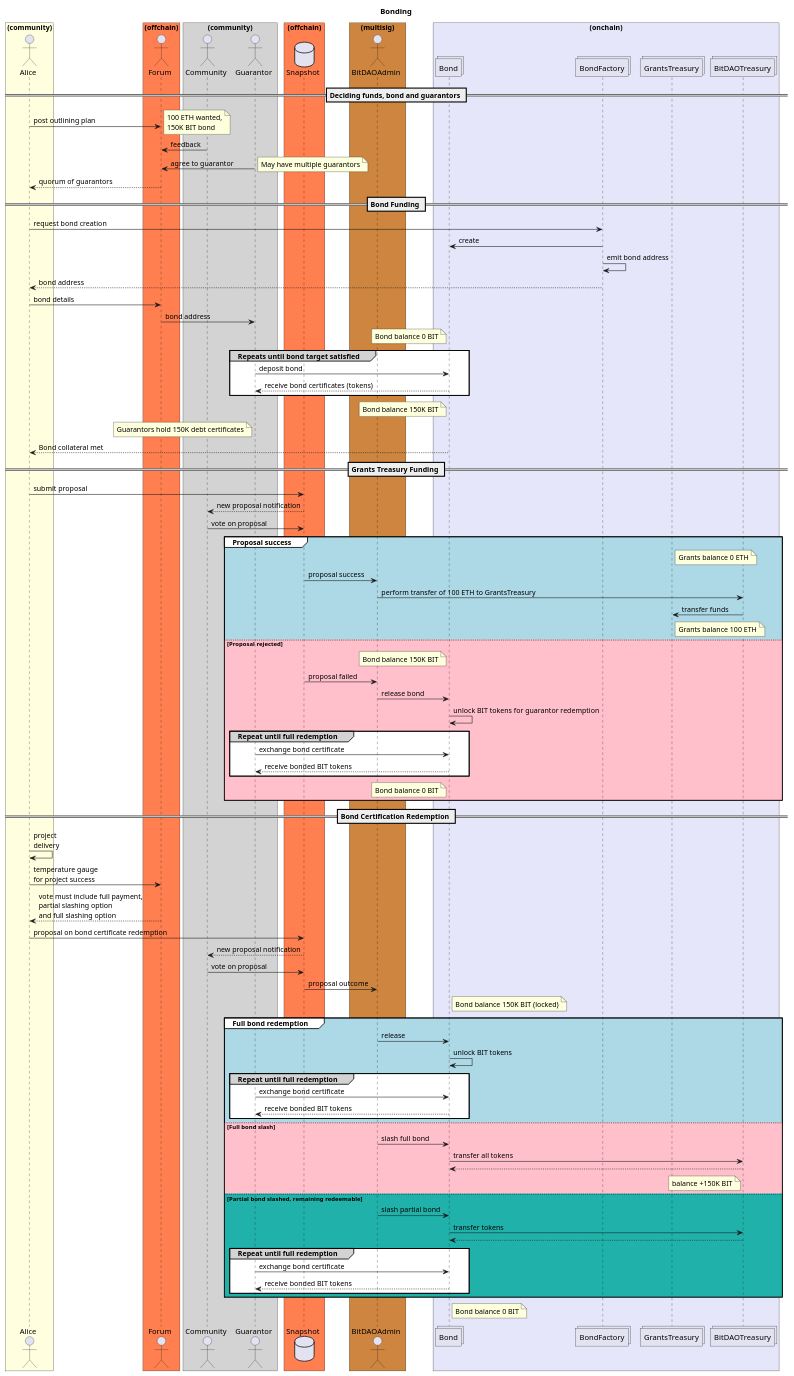
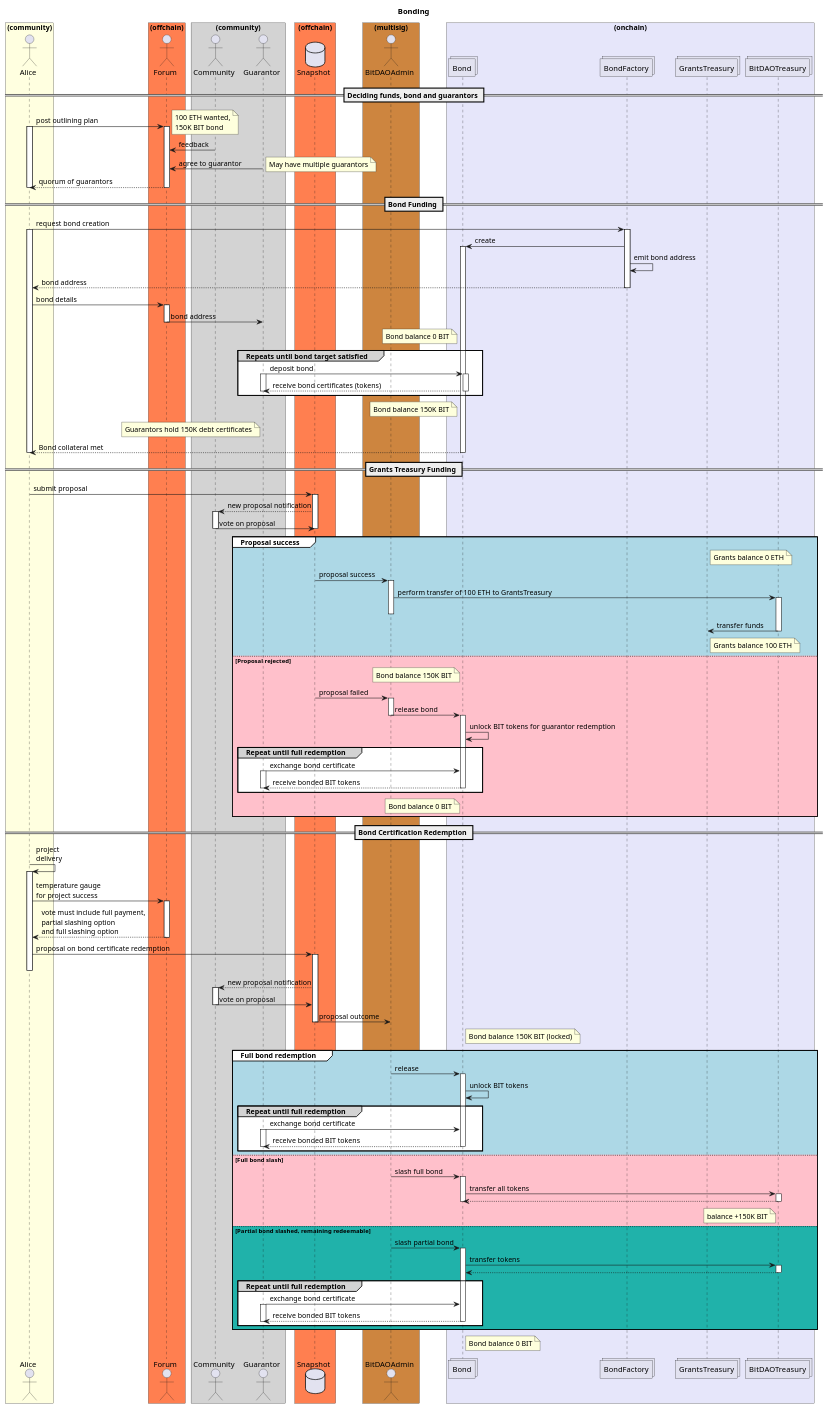
One commit to windranger-io/windranger-treasury changed the diagram in docs/specs/bonding.puml. Above: the diagram before and after it, drawn with PlantUML. The commit also changed 1 other file, not shown here.

Commit message:
spec: activation bars for sequence diagram

```diff
--- a/docs/specs/bonding.puml
+++ b/docs/specs/bonding.puml
@@ -1,128 +1,189 @@
 @startuml
 'https://plantuml.com/sequence-diagram
 
 title Bonding
 
 box "(community)" #LightYellow
 actor Alice as alice
 end box
 
 box "(offchain)" #Coral
 actor Forum as forum
 end box
 
 box "(community)" #LightGray
 actor Community as community
 actor Guarantor as guarantor
 end box
 
 box "(offchain)" #Coral
 database Snapshot as snapshot
 end box
 
 box "(multisig)" #Peru
 actor BitDAOAdmin as bitdaoadmin
 end box
 
 box "(onchain)" #Lavender
 collections Bond as bond
 collections BondFactory as bondFactory
 collections GrantsTreasury as grantstreasury
 collections BitDAOTreasury as bitdaotreasury
 end box
 
 
 == Deciding funds, bond and guarantors ==
 
 alice->forum                : post outlining plan
+activate alice
+activate forum
 note right                  : 100 ETH wanted,\n150K BIT bond
 community->forum            : feedback
 guarantor->forum            : agree to guarantor
 note right                  : May have multiple guarantors
 forum-->alice               : quorum of guarantors
-
+deactivate forum
+deactivate alice
 
 == Bond Funding ==
 
 alice->bondFactory          : request bond creation
+activate alice
+activate bondFactory
 bondFactory->bond           : create
+activate bond
 bondFactory->bondFactory    : emit bond address
 bondFactory-->alice         : bond address
+deactivate bondFactory
 alice->forum                : bond details
+activate forum
 forum->guarantor            : bond address
+deactivate forum
+
 note left of bond           : Bond balance 0 BIT
 
 group#lightgray #white Repeats until bond target satisfied
     guarantor->bond         : deposit bond
+    activate guarantor
+    activate bond
     bond-->guarantor        : receive bond certificates (tokens)
+    deactivate guarantor
+    deactivate bond
 end
 
 note left of bond           : Bond balance 150K BIT
 note left of guarantor      : Guarantors hold 150K debt certificates
 
 bond --> alice              : Bond collateral met
+deactivate bond
+deactivate alice
 
 == Grants Treasury Funding ==
 alice -> snapshot               : submit proposal
+activate snapshot
 snapshot-->community            : new proposal notification
+activate community
 community -> snapshot           : vote on proposal
+deactivate community
+deactivate snapshot
 
 group#white #LightBlue Proposal success
+
     note right of grantstreasury    : Grants balance 0 ETH
     snapshot -> bitdaoadmin         : proposal success
+    activate bitdaoadmin
     bitdaoadmin -> bitdaotreasury   : perform transfer of 100 ETH to GrantsTreasury
+    activate bitdaotreasury
+    deactivate bitdaoadmin
     bitdaotreasury -> grantstreasury: transfer funds
+    deactivate bitdaotreasury
+
     note right of grantstreasury    : Grants balance 100 ETH
 
 else #Pink Proposal rejected
+
     note left of bond               : Bond balance 150K BIT
+
     snapshot -> bitdaoadmin         : proposal failed
+    activate bitdaoadmin
     bitdaoadmin -> bond             : release bond
+    deactivate bitdaoadmin
+    activate bond
     bond -> bond                    : unlock BIT tokens for guarantor redemption
+
     group#lightgray #white Repeat until full redemption
         guarantor->bond             : exchange bond certificate
+        activate guarantor
         bond-->guarantor            : receive bonded BIT tokens
+        deactivate bond
+        deactivate guarantor
     end
+
     note left of bond               : Bond balance 0 BIT
 end
-
 
 == Bond Certification Redemption ==
 
 alice->alice                    : project\ndelivery
+activate alice
 alice->forum                    : temperature gauge\nfor project success
+activate forum
 forum-->alice                   : vote must include full payment,\npartial slashing option\nand full slashing option
+deactivate forum
 alice->snapshot                 : proposal on bond certificate redemption
+activate snapshot
+deactivate alice
 snapshot-->community            : new proposal notification
+activate community
 community -> snapshot           : vote on proposal
+deactivate community
 snapshot -> bitdaoadmin         : proposal outcome
-
+deactivate snapshot
 
 note right of bond              : Bond balance 150K BIT (locked)
 
 group#white #LightBlue Full bond redemption
     bitdaoadmin->bond           : release
+    activate bond
     bond->bond                  : unlock BIT tokens
+
     group#lightgray #white Repeat until full redemption
         guarantor->bond         : exchange bond certificate
+        activate guarantor
         bond-->guarantor        : receive bonded BIT tokens
+        deactivate bond
+        deactivate guarantor
     end
+
 else #Pink Full bond slash
     bitdaoadmin->bond           : slash full bond
+    activate bond
     bond->bitdaotreasury        : transfer all tokens
+    activate bitdaotreasury
     bitdaotreasury-->bond
+    deactivate bitdaotreasury
+    deactivate bond
+
     note left of bitdaotreasury : balance +150K BIT
+
 else #lightseagreen Partial bond slashed, remaining redeemable
     bitdaoadmin->bond           : slash partial bond
+    activate bond
     bond->bitdaotreasury        : transfer tokens
+    activate bitdaotreasury
     bitdaotreasury-->bond
+    deactivate bitdaotreasury
+    
     group#lightgray #white Repeat until full redemption
         guarantor->bond         : exchange bond certificate
+        activate guarantor
         bond-->guarantor        : receive bonded BIT tokens
+        deactivate bond
+        deactivate guarantor
     end
 end
 
 
 note right of bond              : Bond balance 0 BIT
 
 @enduml
```
